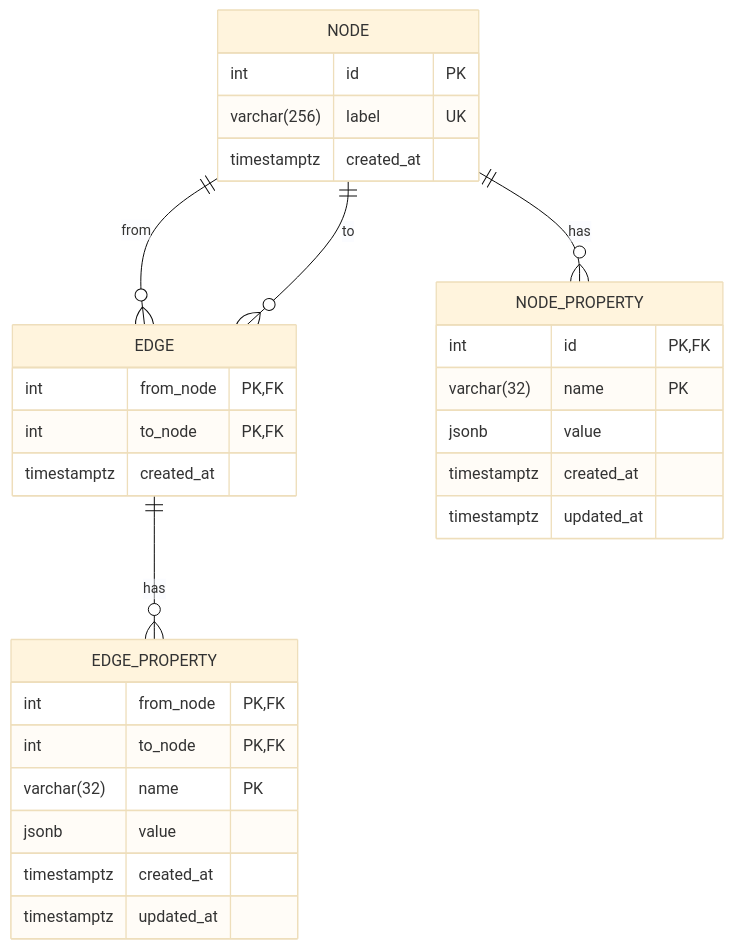
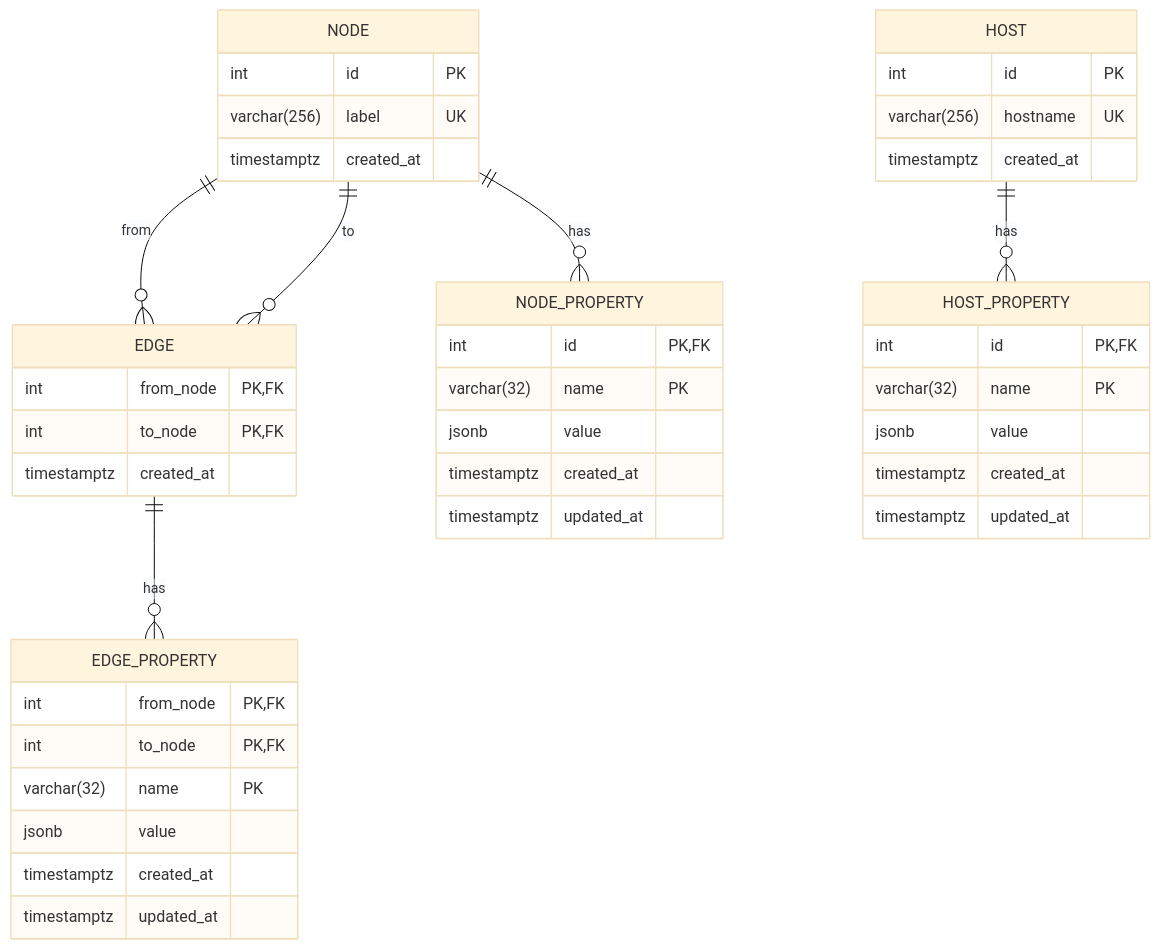
One commit to pub-crawler/pub-crawler changed the diagram in pub-crawler/docs/database_schema.md. Above: the diagram before and after it, drawn with Mermaid (base theme).

Commit message:
doc: database schema update

````diff
--- a/pub-crawler/docs/database_schema.md
+++ b/pub-crawler/docs/database_schema.md
@@ -3,32 +3,45 @@
 ```mermaid
 erDiagram
     NODE ||--o{ EDGE : "from"
     NODE ||--o{ EDGE : "to"
     NODE ||--o{ NODE_PROPERTY : "has"
     EDGE ||--o{ EDGE_PROPERTY : "has"
     NODE {
         int id PK
         varchar(256) label UK
         timestamptz created_at
     }
     EDGE {
         int from_node PK,FK
         int to_node PK,FK
         timestamptz created_at
     }
     NODE_PROPERTY {
         int id PK,FK
         varchar(32) name PK
         jsonb value
         timestamptz created_at
         timestamptz updated_at
     }
     EDGE_PROPERTY {
         int from_node PK,FK
         int to_node PK,FK
         varchar(32) name PK
         jsonb value
         timestamptz created_at
         timestamptz updated_at
     }
+    HOST ||--o{ HOST_PROPERTY : "has"
+    HOST {
+        int id PK
+        varchar(256) hostname UK
+        timestamptz created_at
+    }
+    HOST_PROPERTY {
+        int id PK,FK
+        varchar(32) name PK
+        jsonb value
+        timestamptz created_at
+        timestamptz updated_at
+    }
 ```
````
